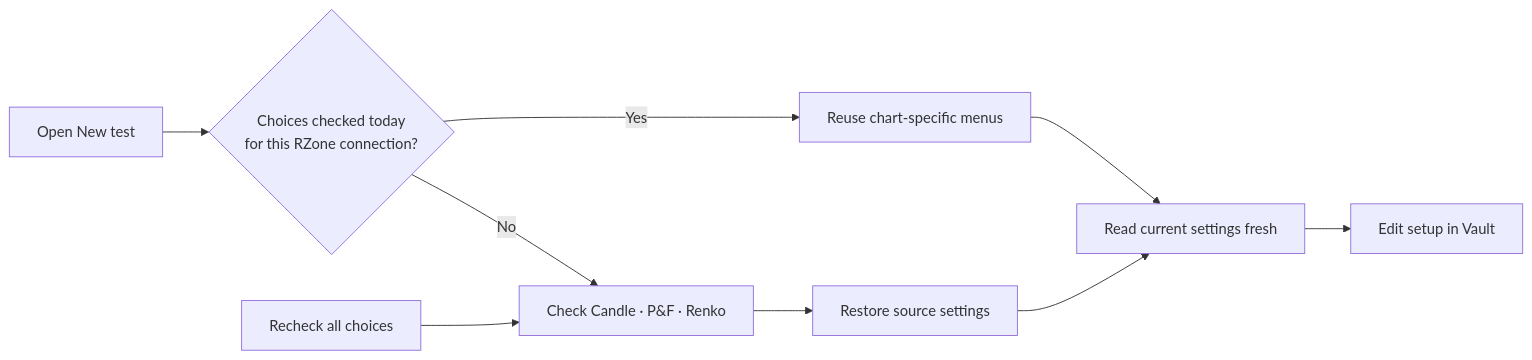
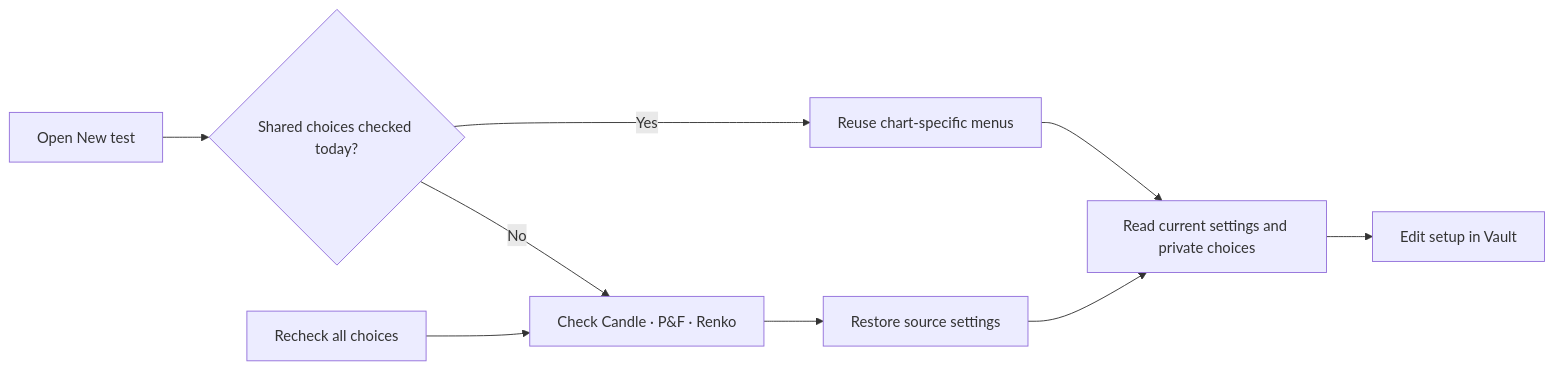
One commit to mamamiya7/backtest-vault changed the third of 18 diagrams in README.md. Above: the diagram before and after it, drawn with Mermaid. The commit also changed other lines of this file and 23 other files, not shown here.

Commit message:
Reuse saved trial settings and retain daily shared menus

````diff
--- a/README.md
+++ b/README.md
@@ -70,11 +70,11 @@
 ```mermaid
 flowchart LR
-    A[Open New test] --> B{Choices checked today<br/>for this RZone connection?}
+    A[Open New test] --> B{Shared choices checked today?}
     B -->|Yes| C[Reuse chart-specific menus]
     B -->|No| D[Check Candle · P&F · Renko]
     R[Recheck all choices] --> D
     D --> E[Restore source settings]
-    C --> F[Read current settings fresh]
+    C --> F[Read current settings and private choices]
     E --> F
     F --> G[Edit setup in Vault]
 ```
````
